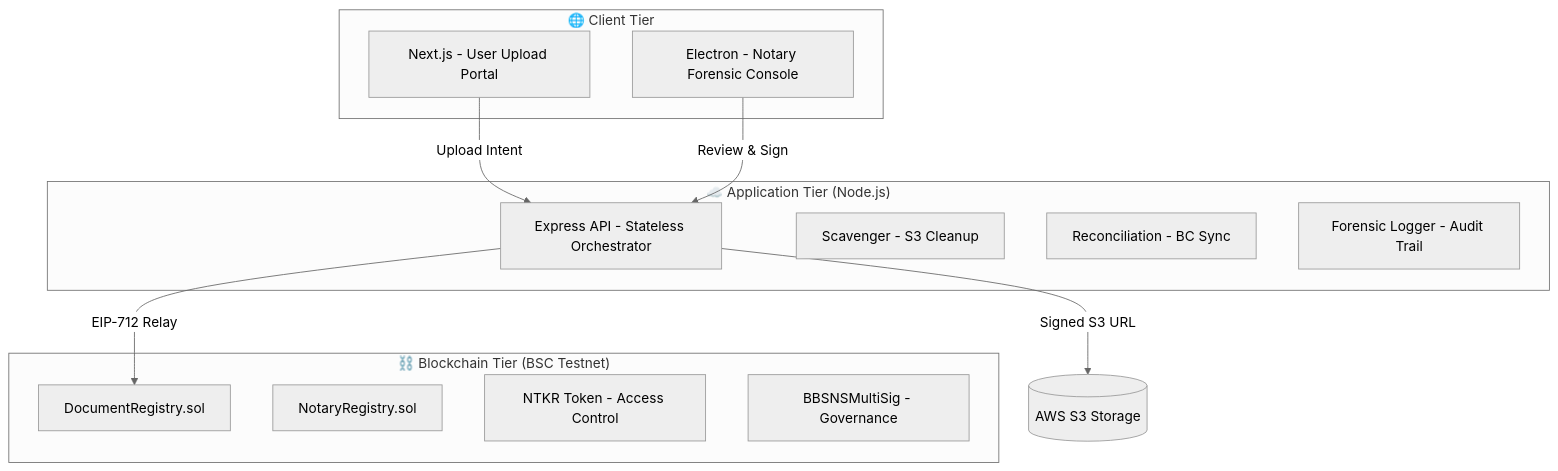
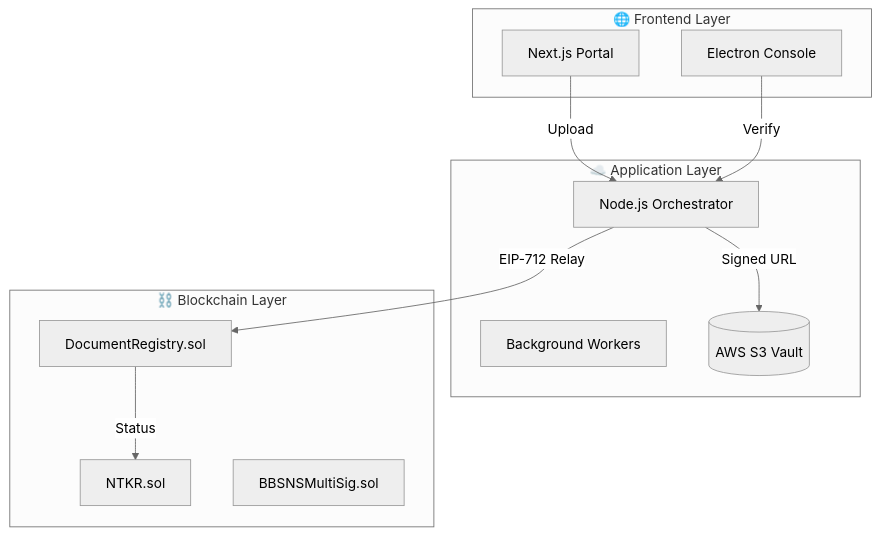
The first of 12 diagrams in README.md (CoderShubhamMate/Block-Chain-Based-Secure-Notarization-System), drawn with Mermaid (neutral theme) before and after one commit. The commit also changed other lines of this file, not shown here.

Commit message:
docs: deploy ultimate 12-diagram technical encyclopedia to README

````diff
--- a/README.md
+++ b/README.md
@@ -10,26 +10,22 @@
 ```mermaid
 graph TD
-    subgraph "🌐 Client Tier"
-        Web[Next.js - User Upload Portal]
-        Desktop[Electron - Notary Forensic Console]
+    subgraph "🌐 Frontend Layer"
+        Web[Next.js Portal]
+        Desktop[Electron Console]
     end
-
-    subgraph "☁️ Application Tier (Node.js)"
-        API[Express API - Stateless Orchestrator]
-        Worker1[Scavenger - S3 Cleanup]
-        Worker2[Reconciliation - BC Sync]
-        Audit[Forensic Logger - Audit Trail]
+    subgraph "☁️ Application Layer"
+        API[Node.js Orchestrator]
+        Workers[Background Workers]
+        S3[(AWS S3 Vault)]
     end
-
-    subgraph "⛓️ Blockchain Tier (BSC Testnet)"
+    subgraph "⛓️ Blockchain Layer"
         Registry[DocumentRegistry.sol]
-        NotaryReg[NotaryRegistry.sol]
-        NTKR[NTKR Token - Access Control]
-        MultiSig[BBSNSMultiSig - Governance]
+        NTKR[NTKR.sol]
+        MultiSig[BBSNSMultiSig.sol]
     end
-
-    Web -->|Upload Intent| API
-    API -->|Signed S3 URL| S3[(AWS S3 Storage)]
-    Desktop -->|Review & Sign| API
+    Web -->|Upload| API
+    Desktop -->|Verify| API
+    API -->|Signed URL| S3
     API -->|EIP-712 Relay| Registry
+    Registry -->|Status| NTKR
 ```
````
